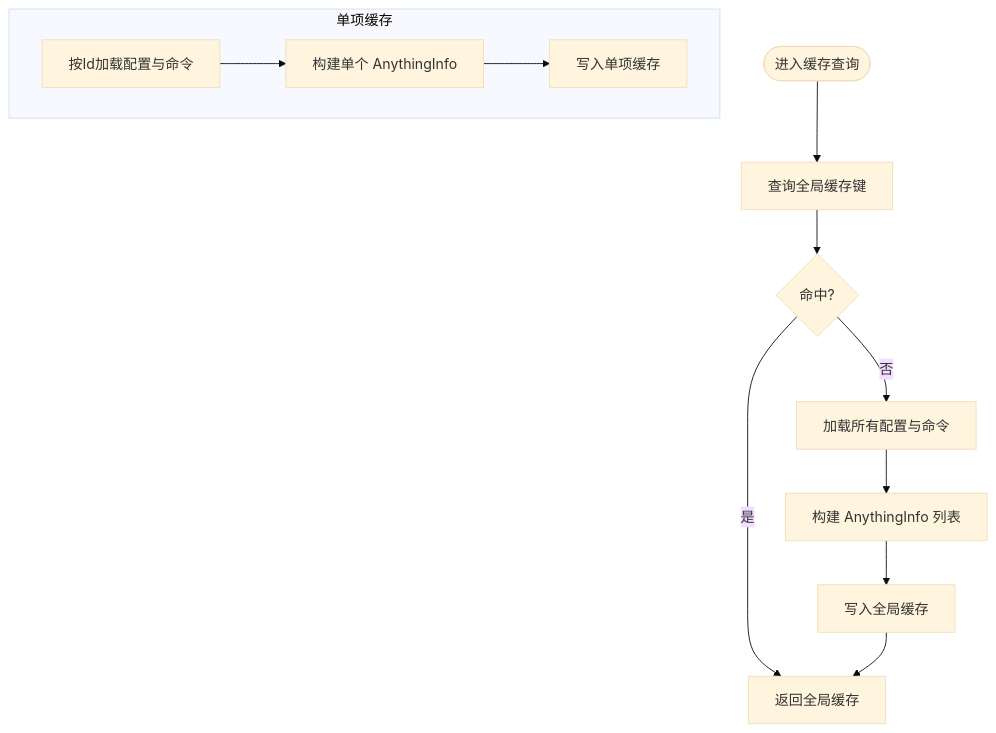
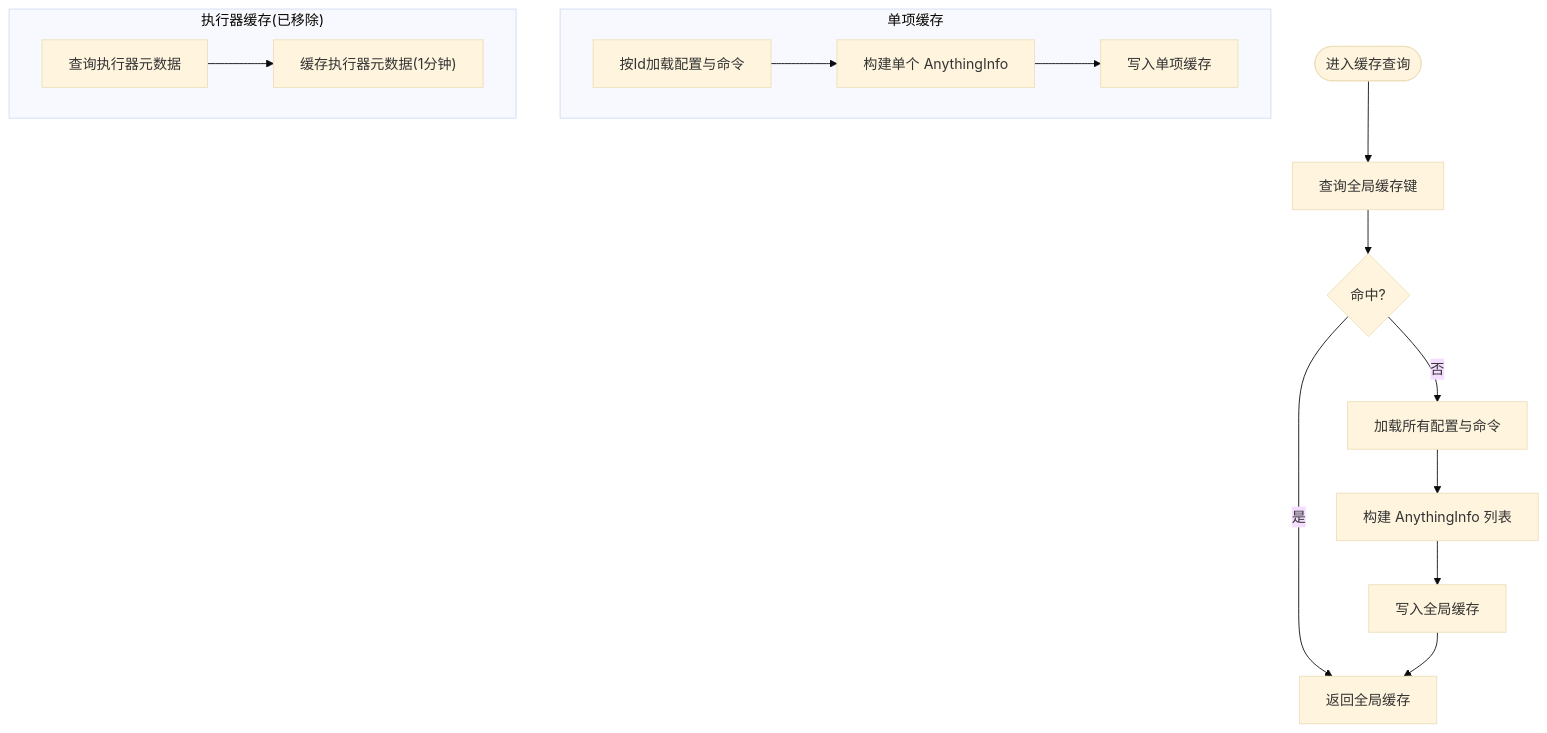
One commit to Sosososolong/AirGo changed the fourth of 9 diagrams in .qoder/repowiki/zh/content/项目概述/核心特性/远程主机管理/AnythingService 核心功能.md. Above: the diagram before and after it, drawn with Mermaid (base theme). The commit also changed other lines of this file and 7 other files, not shown here.

````diff
--- a/.qoder/repowiki/zh/content/项目概述/核心特性/远程主机管理/AnythingService 核心功能.md
+++ b/.qoder/repowiki/zh/content/项目概述/核心特性/远程主机管理/AnythingService 核心功能.md
@@ -218,14 +240,17 @@
 ```mermaid
 flowchart TD
 Start(["进入缓存查询"]) --> CheckGlobal["查询全局缓存键"]
 CheckGlobal --> HasGlobal{"命中?"}
 HasGlobal --> |是| ReturnGlobal["返回全局缓存"]
 HasGlobal --> |否| LoadAll["加载所有配置与命令"]
 LoadAll --> BuildList["构建 AnythingInfo 列表"]
 BuildList --> SetGlobal["写入全局缓存"]
 SetGlobal --> ReturnGlobal
 subgraph "单项缓存"
 LoadOne["按Id加载配置与命令"] --> BuildOne["构建单个 AnythingInfo"]
 BuildOne --> SetOne["写入单项缓存"]
 end
+subgraph "执行器缓存(已移除)"
+LoadExec["查询执行器元数据"] --> CacheExec["缓存执行器元数据(1分钟)"]
+end
 ```
````
